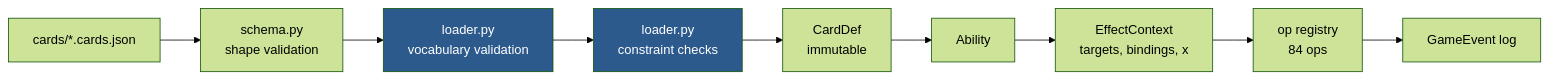
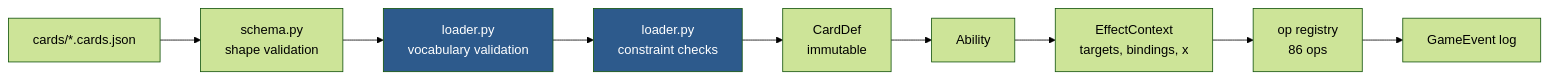
One commit to TylerGauntlett/commander-blitz changed the diagram in docs/card-dsl.md. Above: the diagram before and after it, drawn with Mermaid (forest theme). The commit also changed other lines of this file and 24 other files, not shown here.

````diff
--- a/docs/card-dsl.md
+++ b/docs/card-dsl.md
@@ -6,14 +6,14 @@
 ```mermaid
 flowchart LR
     json["cards/*.cards.json"] --> pydantic["schema.py<br/>shape validation"]
     pydantic --> vocab["loader.py<br/>vocabulary validation"]
     vocab --> constraints["loader.py<br/>constraint checks"]
     constraints --> carddef["CardDef<br/>immutable"]
     carddef --> ability["Ability"]
     ability --> ctx["EffectContext<br/>targets, bindings, x"]
-    ctx --> ops["op registry<br/>84 ops"]
+    ctx --> ops["op registry<br/>86 ops"]
     ops --> events["GameEvent log"]
 
     style vocab fill:#2d5a8c,color:#fff
     style constraints fill:#2d5a8c,color:#fff
 ```
````
